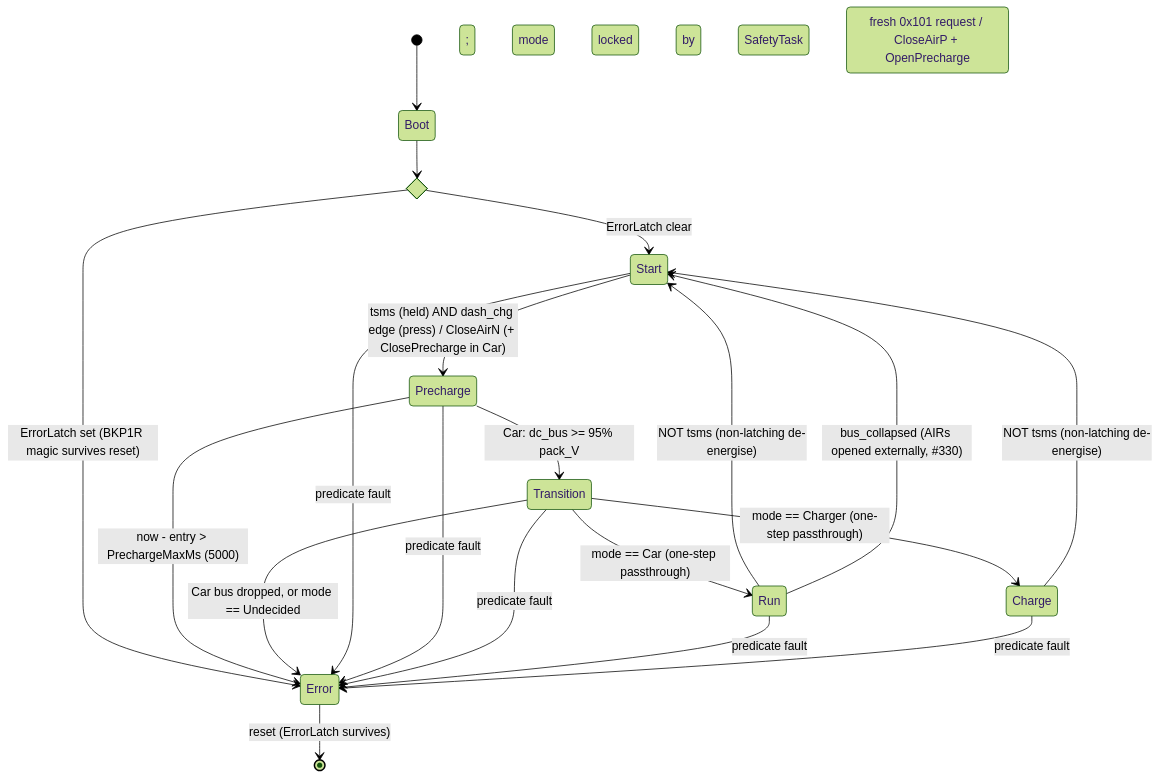
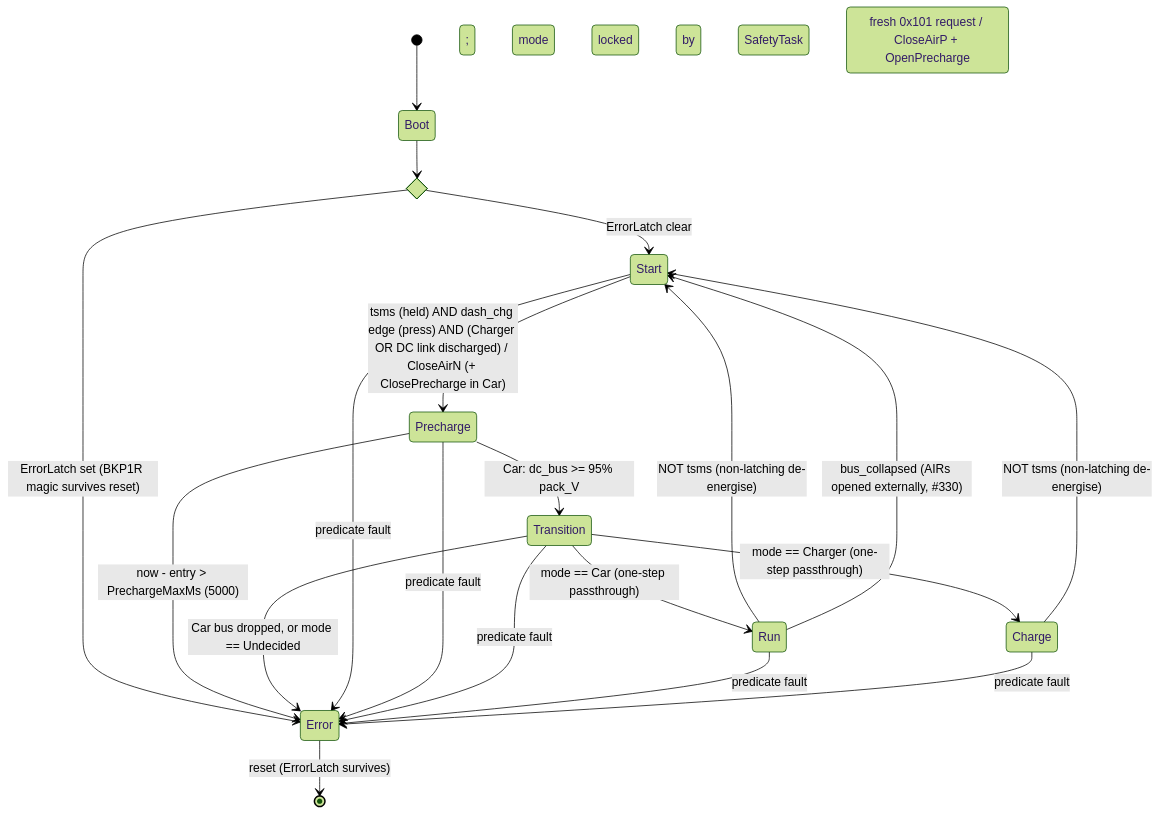
The second of 3 diagrams in docs/FSM_OVERVIEW.md (isc-fs/IFS08-CE-AMS), drawn with Mermaid (forest theme) before and after one commit. The commit also changed other lines of this file and 6 other files, not shown here.

````diff
--- a/docs/FSM_OVERVIEW.md
+++ b/docs/FSM_OVERVIEW.md
@@ -445,29 +480,29 @@
 ```mermaid
 stateDiagram-v2
     [*] --> Boot
     state boot_check <<choice>>
     Boot --> boot_check
     boot_check --> Start : ErrorLatch clear
     boot_check --> Error : ErrorLatch set (BKP1R magic survives reset)
 
-    Start --> Precharge : tsms (held) AND dash_chg edge (press) / CloseAirN (+ ClosePrecharge in Car) ; mode locked by SafetyTask
+    Start --> Precharge : tsms (held) AND dash_chg edge (press) AND (Charger OR DC link discharged) / CloseAirN (+ ClosePrecharge in Car) ; mode locked by SafetyTask
 
     Precharge --> Transition : Car: dc_bus >= 95% pack_V ; Charger: fresh 0x101 request / CloseAirP + OpenPrecharge
     Precharge --> Error : now - entry > PrechargeMaxMs (5000)
 
     Transition --> Run : mode == Car (one-step passthrough)
     Transition --> Charge : mode == Charger (one-step passthrough)
     Transition --> Error : Car bus dropped, or mode == Undecided
 
     Run --> Start : NOT tsms (non-latching de-energise)
     Run --> Start : bus_collapsed (AIRs opened externally, #330)
     Charge --> Start : NOT tsms (non-latching de-energise)
 
     Start --> Error : predicate fault
     Precharge --> Error : predicate fault
     Transition --> Error : predicate fault
     Run --> Error : predicate fault
     Charge --> Error : predicate fault
 
     Error --> [*] : reset (ErrorLatch survives)
 ```
````
